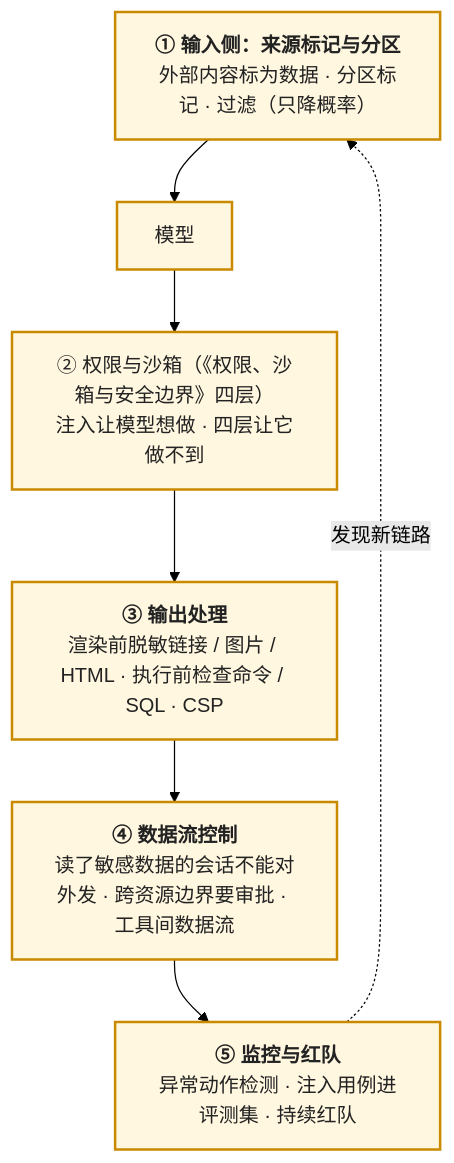
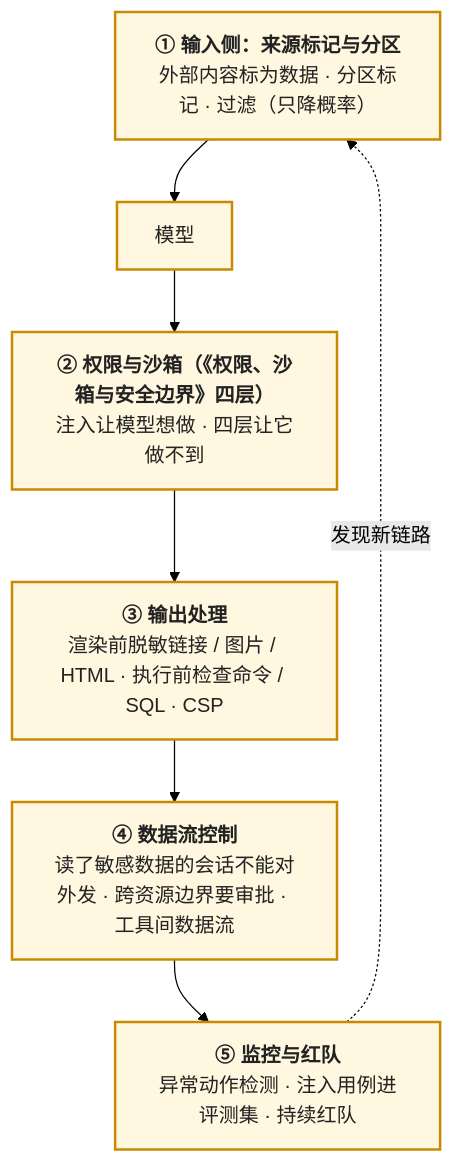
One commit to arganzheng/arganzheng.github.com changed the third of 5 diagrams in _posts/2026-11-11-security-prompt-injection-supply-chain-and-data-exfiltration.md. Above: the diagram before and after it, drawn with Mermaid (forest theme). The commit also changed other lines of this file and 9 other files, not shown here.

````diff
--- a/_posts/2026-11-11-security-prompt-injection-supply-chain-and-data-exfiltration.md
+++ b/_posts/2026-11-11-security-prompt-injection-supply-chain-and-data-exfiltration.md
@@ -127,13 +140,13 @@
 ```mermaid
 %% 图：五层防御：输入侧标记与分区，权限与沙箱让注入做不到，输出处理脱敏，数据流控制，监控与红队发现新链路
 flowchart TB
     IN["<b>① 输入侧：来源标记与分区</b><br/>外部内容标为数据 · 分区标记 · 过滤（只降概率）"] --> M["模型"]
-    M --> P["② 权限与沙箱（《权限、沙箱与安全边界》四层）<br/>注入让模型想做 · 四层让它做不到"]
+    M --> P["<b>② 权限与沙箱（《权限、沙箱与安全边界》四层）</b><br/>注入让模型想做 · 四层让它做不到"]
     P --> O["<b>③ 输出处理</b><br/>渲染前脱敏链接 / 图片 / HTML · 执行前检查命令 / SQL · CSP"]
     O --> D["<b>④ 数据流控制</b><br/>读了敏感数据的会话不能对外发 · 跨资源边界要审批 · 工具间数据流"]
     D --> R["<b>⑤ 监控与红队</b><br/>异常动作检测 · 注入用例进评测集 · 持续红队"]
     R -.->|"发现新链路"| IN
 
     classDef step fill:#fff7e0,stroke:#c98a00,stroke-width:2px,color:#222
     class IN,M,P,O,D,R step
 ```
````
